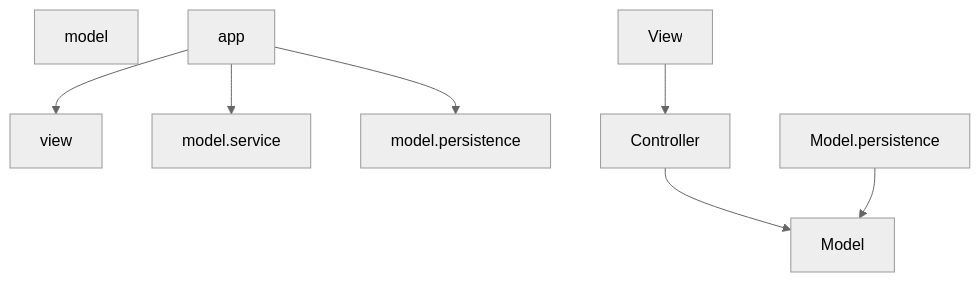
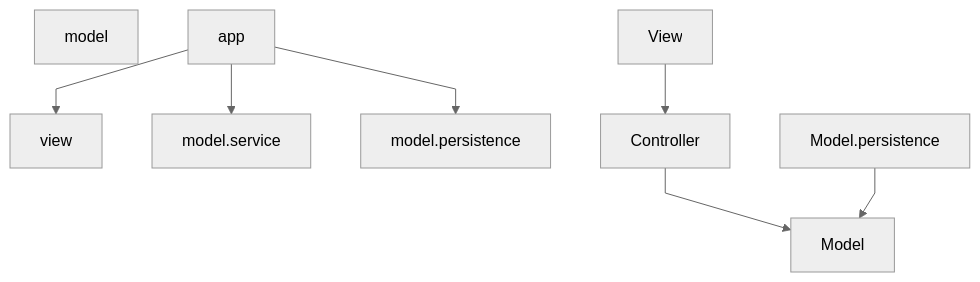
Before and after one commit to ValerioGiglio04/rpg-MPGC: the diagram in .github/wiki-pages/Responsabilita-e-architettura.md, drawn with Mermaid (neutral theme). The commit also changed 2 other files, not shown here.

Commit message:
resi grafici con linee dritte

````diff
--- a/.github/wiki-pages/Responsabilita-e-architettura.md
+++ b/.github/wiki-pages/Responsabilita-e-architettura.md
@@ -11,14 +11,15 @@
 ```mermaid
+%%{init: {'flowchart': {'curve': 'linear'}}}%%
 flowchart TB
   UI[view]
   App[model.service]
   Domain[model]
   Adapter[model.persistence]
   Bootstrap[app]
   View --> Controller
   Controller --> Model
   Model.persistence --> Model
   Bootstrap --> UI
   Bootstrap --> App
   Bootstrap --> Adapter
 ```
````
